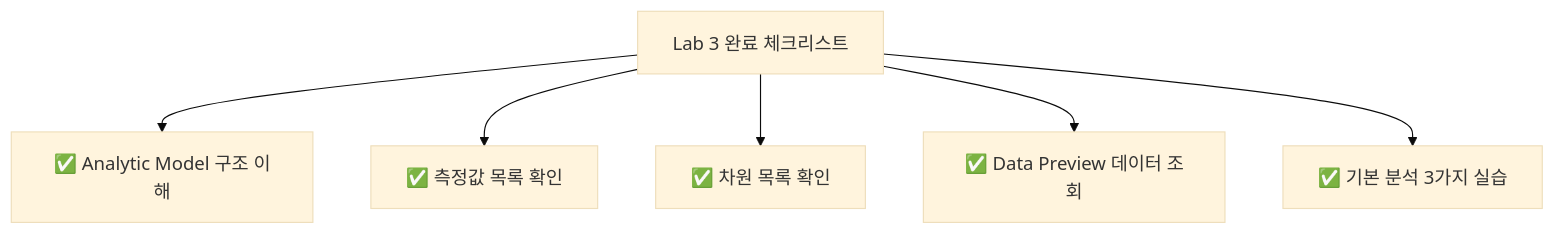
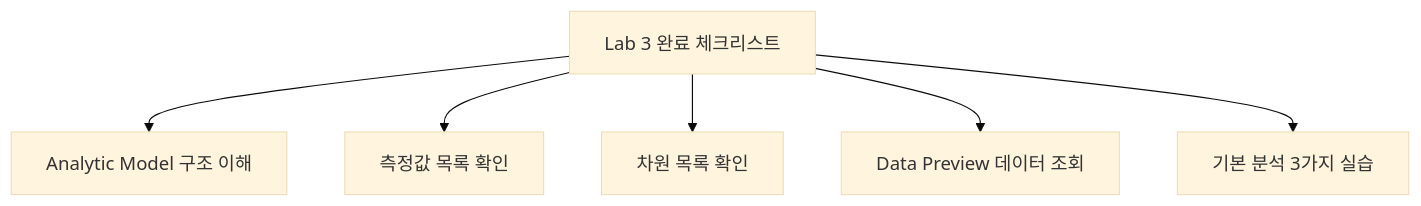
The sixth of 7 diagrams in labs/lab3-standard-analytic-model.md (youngseols925/sap-datasphere-bdc-workshop), drawn with Mermaid (base theme) before and after one commit. The commit also changed other lines of this file and 5 other files, not shown here.

````diff
--- a/labs/lab3-standard-analytic-model.md
+++ b/labs/lab3-standard-analytic-model.md
@@ -189,8 +189,8 @@
 ```mermaid
 graph TD
-    A["Lab 3 완료 체크리스트"] --> B["✅ Analytic Model 구조 이해"]
-    A --> C["✅ 측정값 목록 확인"]
-    A --> D["✅ 차원 목록 확인"]
-    A --> E["✅ Data Preview 데이터 조회"]
-    A --> F["✅ 기본 분석 3가지 실습"]
+    A["Lab 3 완료 체크리스트"] --> B["Analytic Model 구조 이해"]
+    A --> C["측정값 목록 확인"]
+    A --> D["차원 목록 확인"]
+    A --> E["Data Preview 데이터 조회"]
+    A --> F["기본 분석 3가지 실습"]
 ```
````
